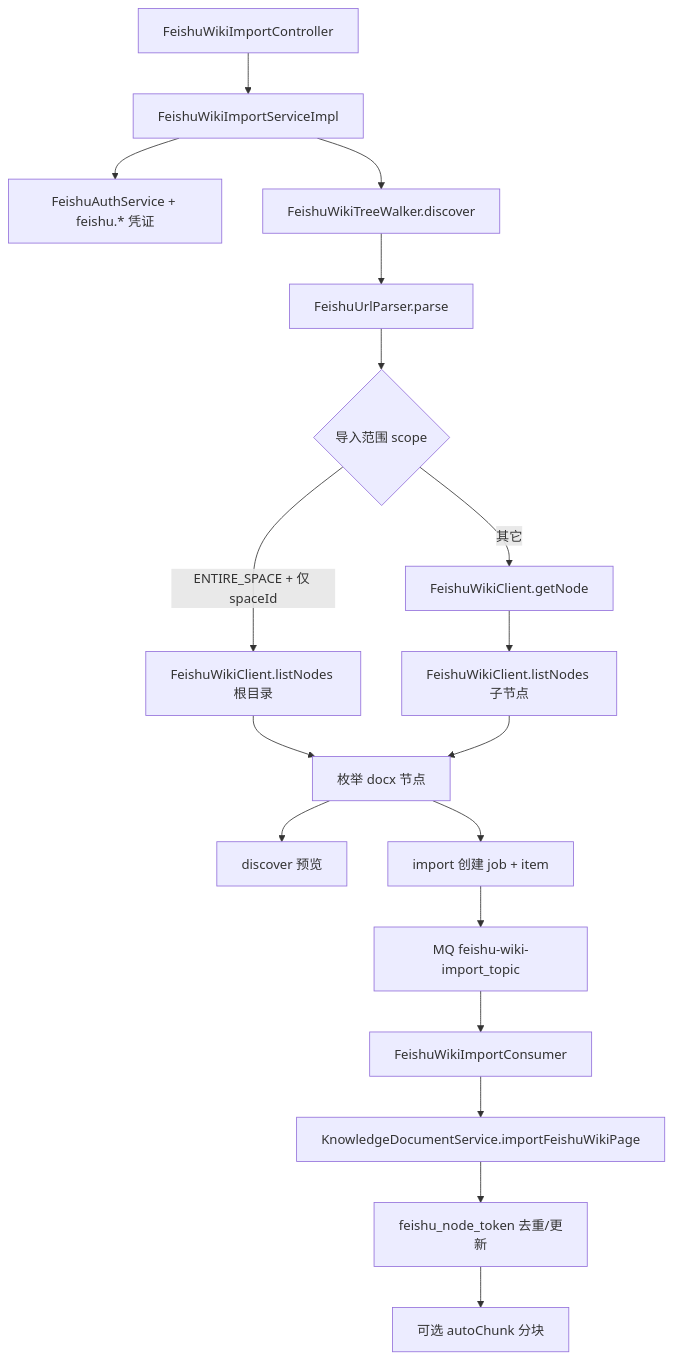
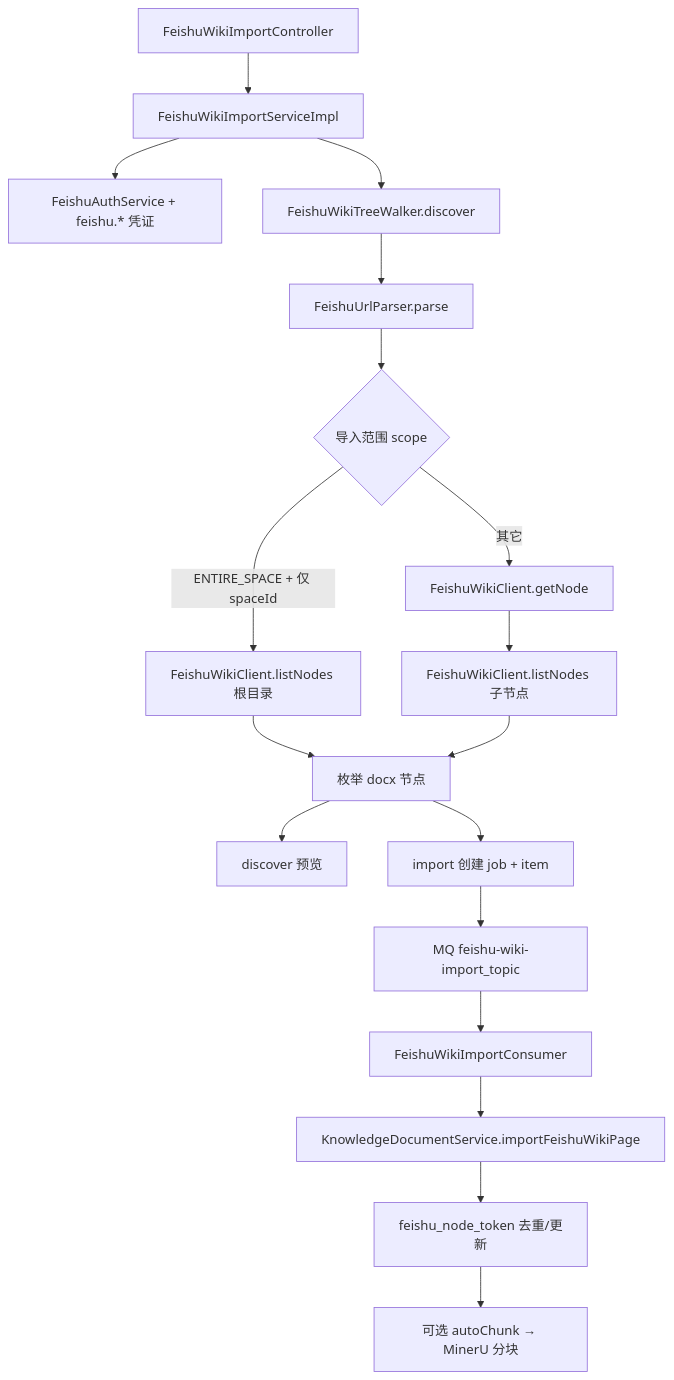
The third of 3 diagrams in docs/feishu-wiki-integration.md (ZhaoWeijunX/ragent), drawn with Mermaid before and after one commit. The commit also changed other lines of this file and 13 other files, not shown here.

````diff
--- a/docs/feishu-wiki-integration.md
+++ b/docs/feishu-wiki-integration.md
@@ -122,20 +130,20 @@
 ```mermaid
 flowchart TD
     api[FeishuWikiImportController] --> svc[FeishuWikiImportServiceImpl]
     svc --> auth[FeishuAuthService + feishu.* 凭证]
     svc --> walker[FeishuWikiTreeWalker.discover]
     walker --> parser[FeishuUrlParser.parse]
     parser --> scope{导入范围 scope}
     scope -->|ENTIRE_SPACE + 仅 spaceId| listRoot[FeishuWikiClient.listNodes 根目录]
     scope -->|其它| getNode[FeishuWikiClient.getNode]
     getNode --> listChild[FeishuWikiClient.listNodes 子节点]
     listRoot --> collect[枚举 docx 节点]
     listChild --> collect
     collect --> discoverVO[discover 预览]
     collect --> importJob[import 创建 job + item]
     importJob --> mq[MQ feishu-wiki-import_topic]
     mq --> consumer[FeishuWikiImportConsumer]
     consumer --> docSvc[KnowledgeDocumentService.importFeishuWikiPage]
     docSvc --> dedup[feishu_node_token 去重/更新]
-    dedup --> chunk[可选 autoChunk 分块]
+    dedup --> chunk[可选 autoChunk → MinerU 分块]
 ```
````
